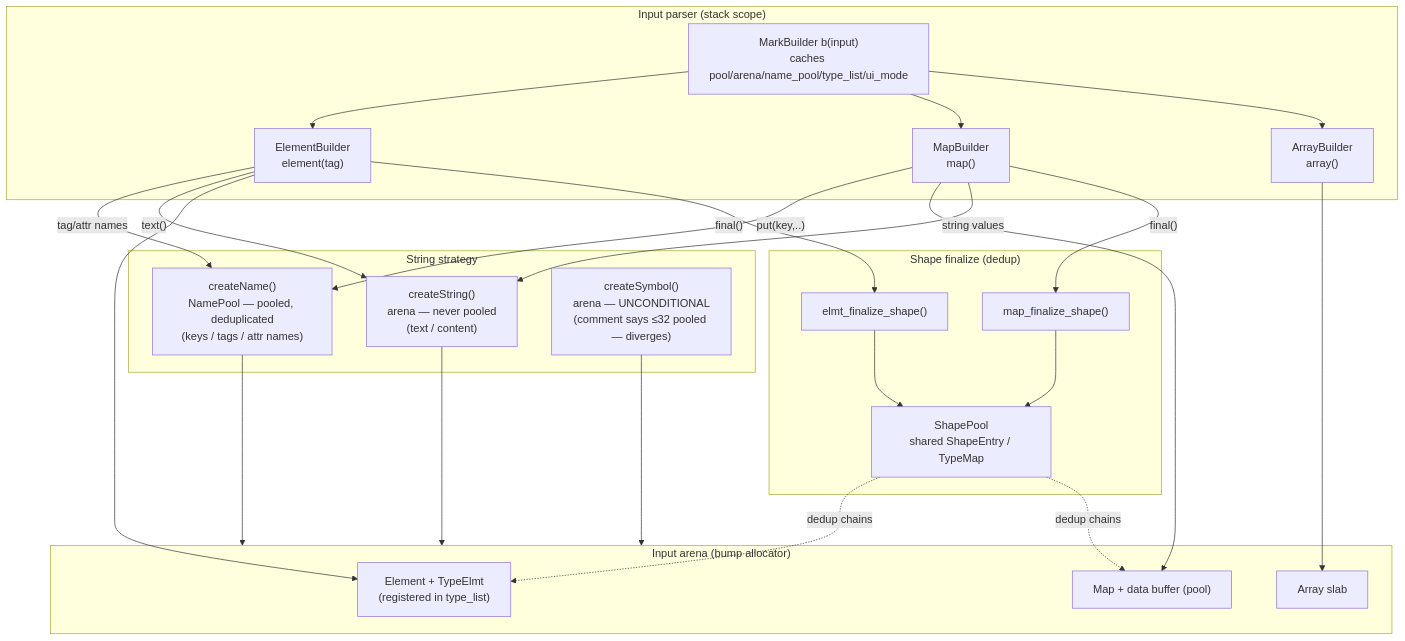
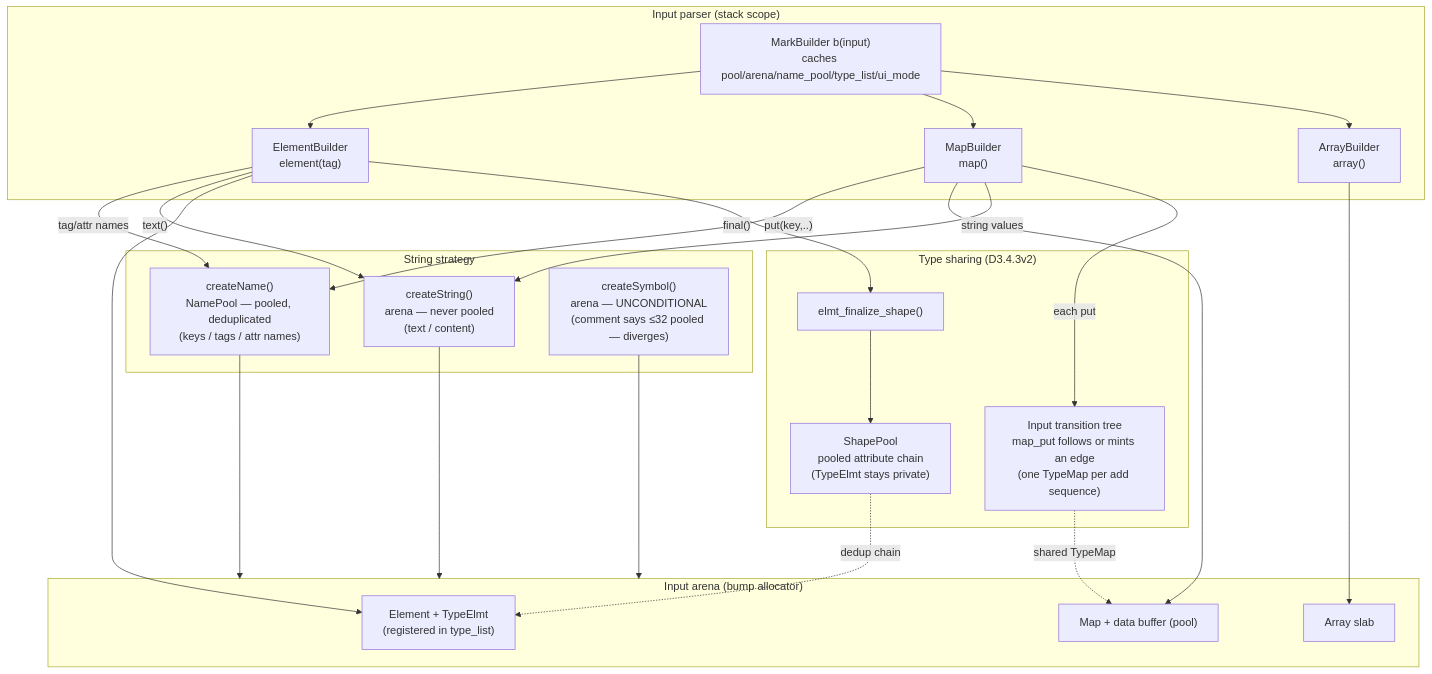
One commit to henry-luo/lambda changed the diagram in doc/dev/lambda/diagram/d11_mark_builder.mmd. Above: the diagram before and after it, drawn with Mermaid. The commit also changed 12 other files, not shown here.

First line of the commit message:
docs: map transition tree (D3.4.3v2), element content as a sequence-pattern slot (S11.1.6v3)

```diff
--- a/doc/dev/lambda/diagram/d11_mark_builder.mmd
+++ b/doc/dev/lambda/diagram/d11_mark_builder.mmd
@@ -1,41 +1,42 @@
 flowchart TB
     subgraph Parser["Input parser (stack scope)"]
         MB["MarkBuilder b(input)\ncaches pool/arena/name_pool/type_list/ui_mode"]
         EB["ElementBuilder\nelement(tag)"]
         MapB["MapBuilder\nmap()"]
         ArrB["ArrayBuilder\narray()"]
     end
 
     subgraph Strings["String strategy"]
         CN["createName()\nNamePool — pooled, deduplicated\n(keys / tags / attr names)"]
         CS["createString()\narena — never pooled\n(text / content)"]
         CY["createSymbol()\narena — UNCONDITIONAL\n(comment says ≤32 pooled — diverges)"]
     end
 
     subgraph Arena["Input arena (bump allocator)"]
         ELMT["Element + TypeElmt\n(registered in type_list)"]
         MAP["Map + data buffer (pool)"]
         ARR["Array slab"]
     end
 
-    subgraph Shapes["Shape finalize (dedup)"]
+    subgraph Shapes["Type sharing (D3.4.3v2)"]
+        TT["Input transition tree\nmap_put follows or mints an edge\n(one TypeMap per add sequence)"]
         FS1["elmt_finalize_shape()"]
-        FS2["map_finalize_shape()"]
-        SP["ShapePool\nshared ShapeEntry / TypeMap"]
+        SP["ShapePool\npooled attribute chain\n(TypeElmt stays private)"]
     end
 
     MB --> EB & MapB & ArrB
     EB -- "tag/attr names" --> CN
     EB -- "text()" --> CS
     EB --> ELMT
     MapB -- "put(key,..)" --> CN
     MapB --> MAP
     ArrB --> ARR
     MapB -- "string values" --> CS
     CN --> Arena
     CS --> Arena
     CY --> Arena
 
     EB -- "final()" --> FS1 --> SP
-    MapB -- "final()" --> FS2 --> SP
-    SP -. "dedup chains" .-> ELMT & MAP
+    SP -. "dedup chain" .-> ELMT
+    MapB -- "each put" --> TT
+    TT -. "shared TypeMap" .-> MAP
```
